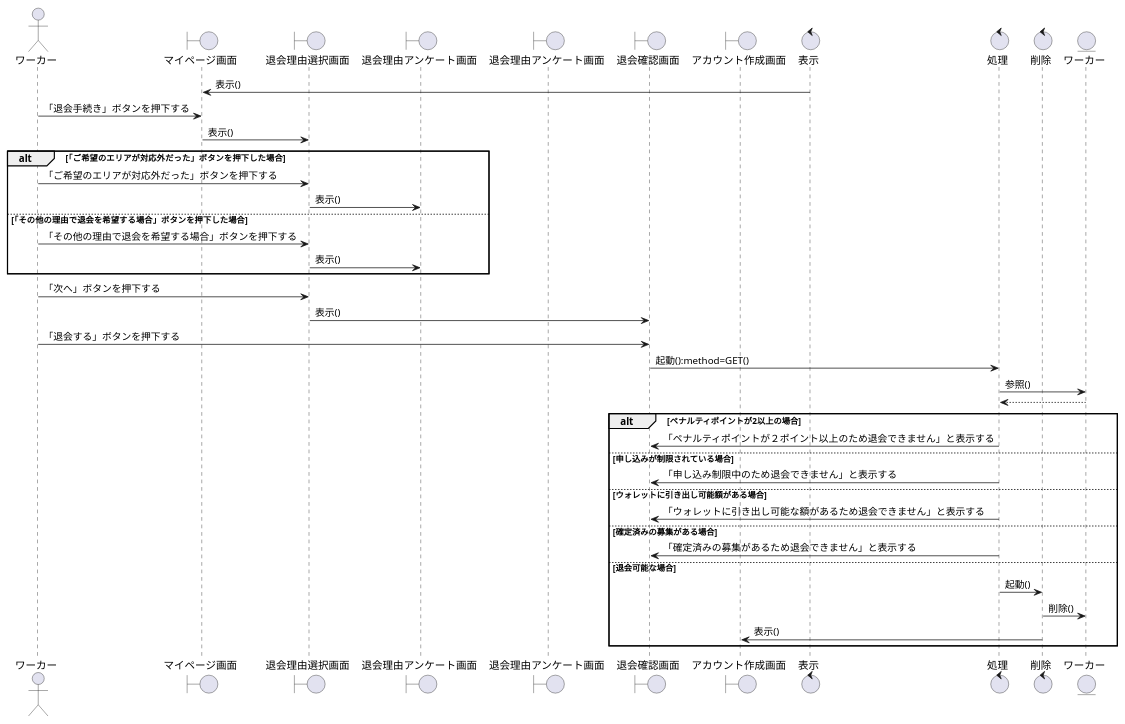
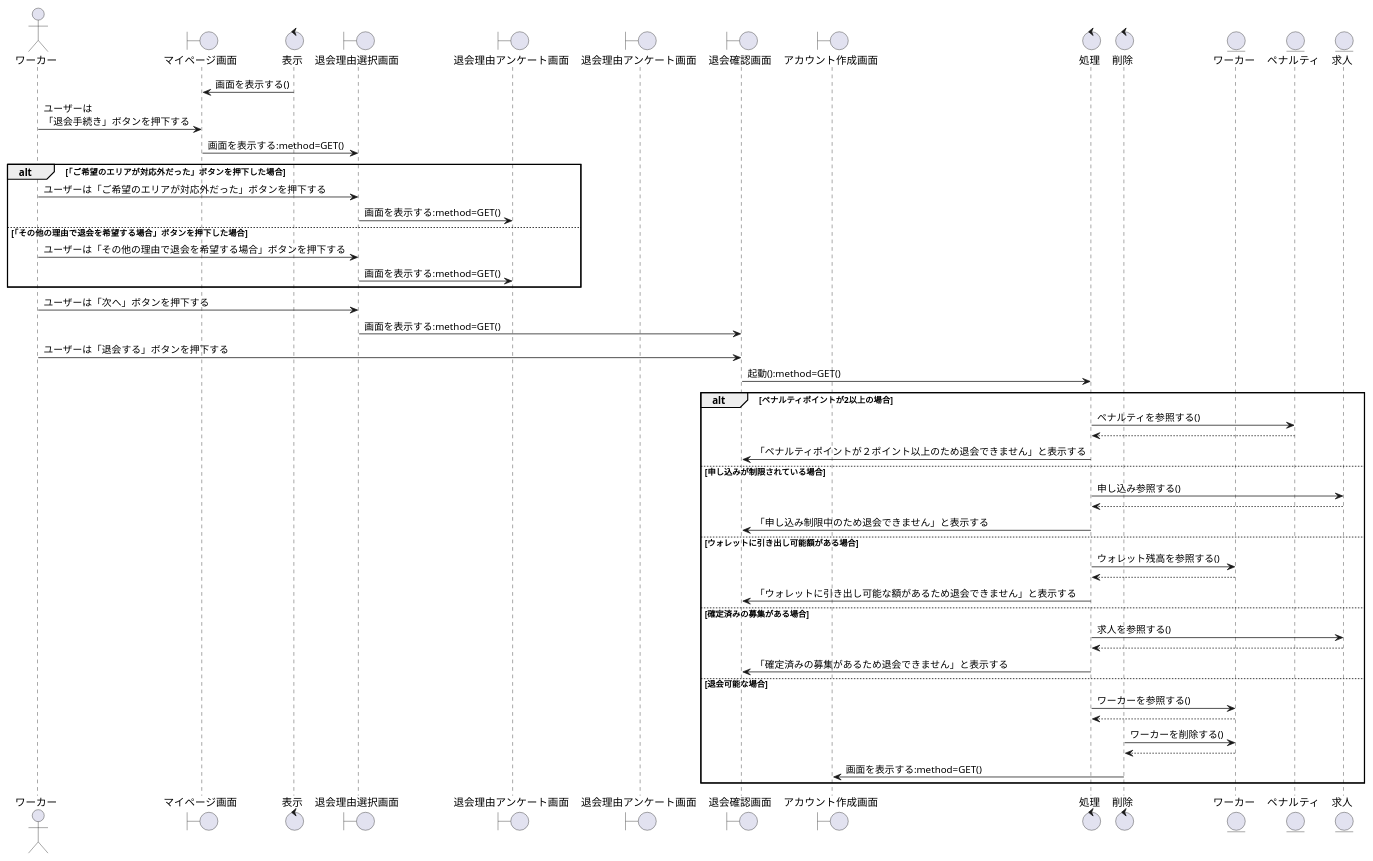
Before and after one commit to irukacb256/high_Me: the diagram in sequence_fig/7_acconts_fn/14_退会手続きをする.pu, drawn with PlantUML. The commit also changed 9 other files, not shown here.

```diff
--- a/sequence_fig/7_acconts_fn/14_退会手続きをする.pu
+++ b/sequence_fig/7_acconts_fn/14_退会手続きをする.pu
@@ -1,58 +1,69 @@
 @startuml 退会手続きをする
 
 actor ワーカー as wo1
 
 boundary マイページ画面 as bo1
+control 表示 as co1
 boundary 退会理由選択画面 as bo2
 boundary 退会理由アンケート画面 as bo3
 boundary 退会理由アンケート画面 as bo4
 boundary 退会確認画面 as bo5
 boundary アカウント作成画面 as bo6
 
-control 表示 as co1
 control 処理 as co2
 control 削除 as co3
 
 entity ワーカー as en1
+entity ペナルティ as en2
+entity 求人 as en3
 
-co1 -> bo1:表示()
-wo1 -> bo1:「退会手続き」ボタンを押下する
-bo1 -> bo2:表示()
+co1 -> bo1:画面を表示する()
+wo1 -> bo1:ユーザーは\n「退会手続き」ボタンを押下する
+bo1 -> bo2:画面を表示する:method=GET()
 
 alt 「ご希望のエリアが対応外だった」ボタンを押下した場合
-    wo1 -> bo2:「ご希望のエリアが対応外だった」ボタンを押下する
-    bo2 -> bo3:表示()
+    wo1 -> bo2:ユーザーは「ご希望のエリアが対応外だった」ボタンを押下する
+    bo2 -> bo3:画面を表示する:method=GET()
 
 else 「その他の理由で退会を希望する場合」ボタンを押下した場合
-    wo1 -> bo2:「その他の理由で退会を希望する場合」ボタンを押下する
-    bo2 -> bo3:表示()
+    wo1 -> bo2:ユーザーは「その他の理由で退会を希望する場合」ボタンを押下する
+    bo2 -> bo3:画面を表示する:method=GET()
 
 end
 
-wo1 -> bo2:「次へ」ボタンを押下する
-bo2 -> bo5:表示()
-wo1 -> bo5:「退会する」ボタンを押下する
+wo1 -> bo2:ユーザーは「次へ」ボタンを押下する
+bo2 -> bo5:画面を表示する:method=GET()
+wo1 -> bo5:ユーザーは「退会する」ボタンを押下する
 bo5 -> co2:起動():method=GET()
-co2 -> en1:参照()
-en1 --> co2
+
 
 alt ペナルティポイントが2以上の場合
+    co2 -> en2:ペナルティを参照する()
+    co2 <-- en2
     co2 -> bo5:「ペナルティポイントが２ポイント以上のため退会できません」と表示する
 
-else 申し込みが制限されている場合  
+else 申し込みが制限されている場合
+    co2 -> en3:申し込み参照する()
+    co2 <-- en3
     co2 -> bo5:「申し込み制限中のため退会できません」と表示する
 
 else ウォレットに引き出し可能額がある場合
+    co2 -> en1:ウォレット残高を参照する()
+    co2 <-- en1
     co2 -> bo5:「ウォレットに引き出し可能な額があるため退会できません」と表示する
 
 else 確定済みの募集がある場合
+    co2 -> en3:求人を参照する()
+    co2 <-- en3
     co2 -> bo5:「確定済みの募集があるため退会できません」と表示する
 
 else 退会可能な場合
-    co2 -> co3:起動()
-    co3 -> en1:削除()
-    co3 -> bo6:表示()
+    co2 -> en1:ワーカーを参照する()
+    en1 --> co2
+    co3 -> en1:ワーカーを削除する()
+    co3 <-- en1
+    co3 -> bo6:画面を表示する:method=GET()
 
 end
 
 @enduml
```
